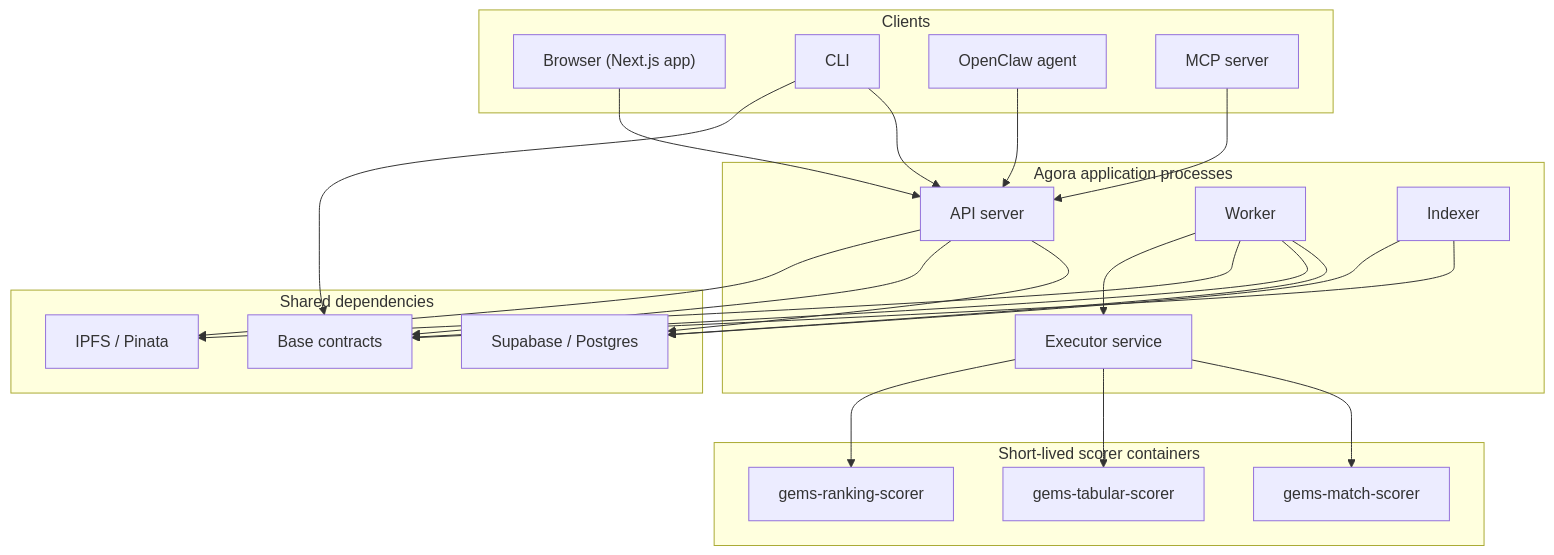
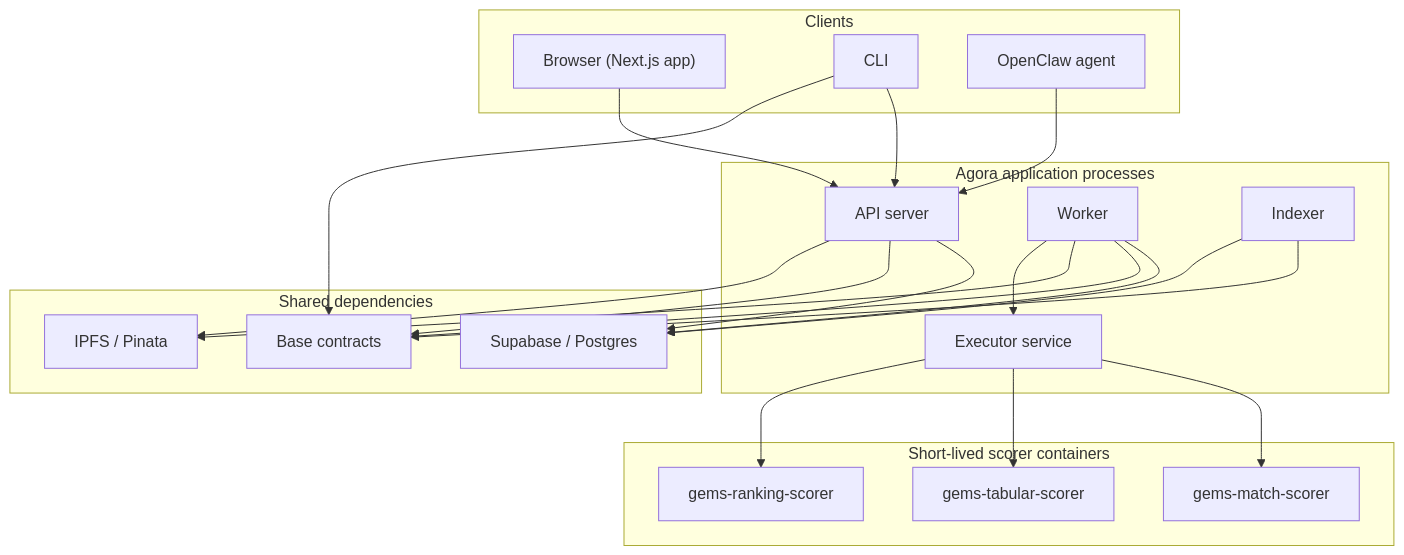
The second of 2 diagrams in docs/system-anatomy.md (andymolecule/Hermes), drawn with Mermaid before and after one commit. The commit also changed 166 other files, not shown here.

Commit message:
Hard-cut machine contract cleanup and runtime schema enforcement

````diff
--- a/docs/system-anatomy.md
+++ b/docs/system-anatomy.md
@@ -45,49 +45,47 @@
 ```mermaid
 flowchart TB
     subgraph Clients
         Browser["Browser (Next.js app)"]
         CLI["CLI"]
         Agent["OpenClaw agent"]
-        MCP["MCP server"]
     end
 
     subgraph App["Agora application processes"]
         API["API server"]
         Worker["Worker"]
         Indexer["Indexer"]
         Exec["Executor service"]
     end
 
     subgraph Data["Shared dependencies"]
         DB["Supabase / Postgres"]
         IPFS["IPFS / Pinata"]
         Base["Base contracts"]
     end
 
     subgraph Containers["Short-lived scorer containers"]
         Repro["gems-match-scorer"]
         Regr["gems-tabular-scorer"]
         Dock["gems-ranking-scorer"]
     end
 
     Browser --> API
     CLI --> API
     CLI --> Base
     Agent --> API
-    MCP --> API
 
     API --> DB
     API --> Base
     API --> IPFS
 
     Worker --> DB
     Worker --> Base
     Worker --> IPFS
     Worker --> Exec
 
     Indexer --> Base
     Indexer --> DB
     Exec --> Repro
     Exec --> Regr
     Exec --> Dock
 ```
````
